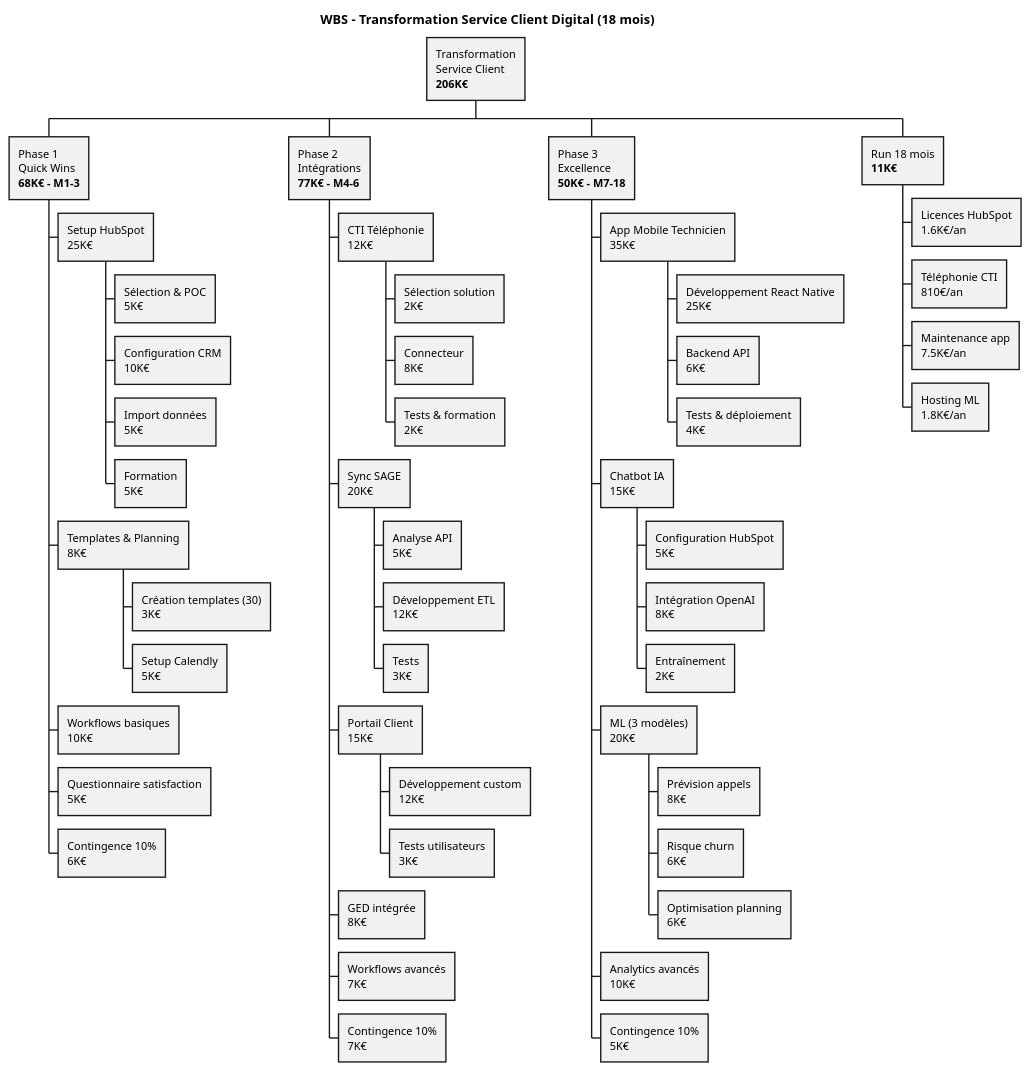
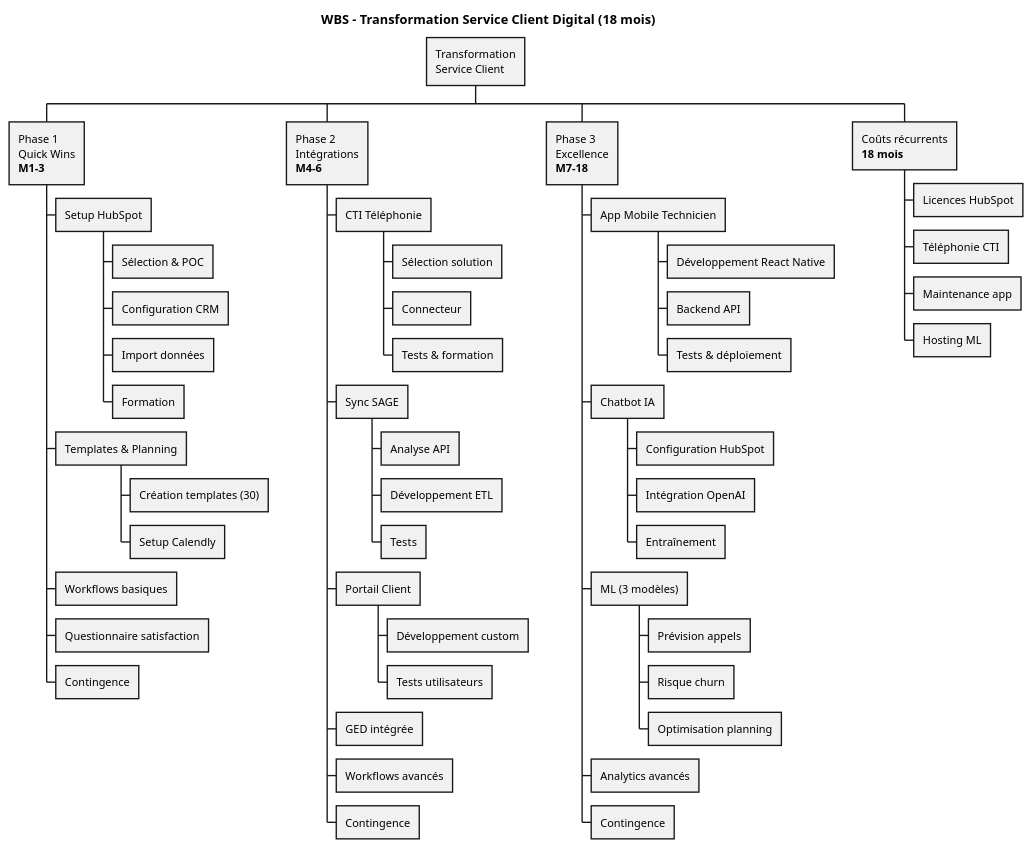
One commit to JordanSerafini/Audit_Duret changed the diagram in Services/Service-Client/uml/puml/10_wbs_breakdown.puml. Above: the diagram before and after it, drawn with PlantUML. The commit also changed 5 other files, not shown here.

```diff
--- a/Services/Service-Client/uml/puml/10_wbs_breakdown.puml
+++ b/Services/Service-Client/uml/puml/10_wbs_breakdown.puml
@@ -1,57 +1,57 @@
 @startwbs WBS_Transformation_Service_Client
 
 title WBS - Transformation Service Client Digital (18 mois)
 
-* Transformation\nService Client\n**206K€**
-** Phase 1\nQuick Wins\n**68K€ - M1-3**
-*** Setup HubSpot\n25K€
-**** Sélection & POC\n5K€
-**** Configuration CRM\n10K€
-**** Import données\n5K€
-**** Formation\n5K€
-*** Templates & Planning\n8K€
-**** Création templates (30)\n3K€
-**** Setup Calendly\n5K€
-*** Workflows basiques\n10K€
-*** Questionnaire satisfaction\n5K€
-*** Contingence 10%\n6K€
+* Transformation\nService Client
+** Phase 1\nQuick Wins\n**M1-3**
+*** Setup HubSpot
+**** Sélection & POC
+**** Configuration CRM
+**** Import données
+**** Formation
+*** Templates & Planning
+**** Création templates (30)
+**** Setup Calendly
+*** Workflows basiques
+*** Questionnaire satisfaction
+*** Contingence
 
-** Phase 2\nIntégrations\n**77K€ - M4-6**
-*** CTI Téléphonie\n12K€
-**** Sélection solution\n2K€
-**** Connecteur\n8K€
-**** Tests & formation\n2K€
-*** Sync SAGE\n20K€
-**** Analyse API\n5K€
-**** Développement ETL\n12K€
-**** Tests\n3K€
-*** Portail Client\n15K€
-**** Développement custom\n12K€
-**** Tests utilisateurs\n3K€
-*** GED intégrée\n8K€
-*** Workflows avancés\n7K€
-*** Contingence 10%\n7K€
+** Phase 2\nIntégrations\n**M4-6**
+*** CTI Téléphonie
+**** Sélection solution
+**** Connecteur
+**** Tests & formation
+*** Sync SAGE
+**** Analyse API
+**** Développement ETL
+**** Tests
+*** Portail Client
+**** Développement custom
+**** Tests utilisateurs
+*** GED intégrée
+*** Workflows avancés
+*** Contingence
 
-** Phase 3\nExcellence\n**50K€ - M7-18**
-*** App Mobile Technicien\n35K€
-**** Développement React Native\n25K€
-**** Backend API\n6K€
-**** Tests & déploiement\n4K€
-*** Chatbot IA\n15K€
-**** Configuration HubSpot\n5K€
-**** Intégration OpenAI\n8K€
-**** Entraînement\n2K€
-*** ML (3 modèles)\n20K€
-**** Prévision appels\n8K€
-**** Risque churn\n6K€
-**** Optimisation planning\n6K€
-*** Analytics avancés\n10K€
-*** Contingence 10%\n5K€
+** Phase 3\nExcellence\n**M7-18**
+*** App Mobile Technicien
+**** Développement React Native
+**** Backend API
+**** Tests & déploiement
+*** Chatbot IA
+**** Configuration HubSpot
+**** Intégration OpenAI
+**** Entraînement
+*** ML (3 modèles)
+**** Prévision appels
+**** Risque churn
+**** Optimisation planning
+*** Analytics avancés
+*** Contingence
 
-** Run 18 mois\n**11K€**
-*** Licences HubSpot\n1.6K€/an
-*** Téléphonie CTI\n810€/an
-*** Maintenance app\n7.5K€/an
-*** Hosting ML\n1.8K€/an
+** Coûts récurrents\n**18 mois**
+*** Licences HubSpot
+*** Téléphonie CTI
+*** Maintenance app
+*** Hosting ML
 
 @endwbs
```
